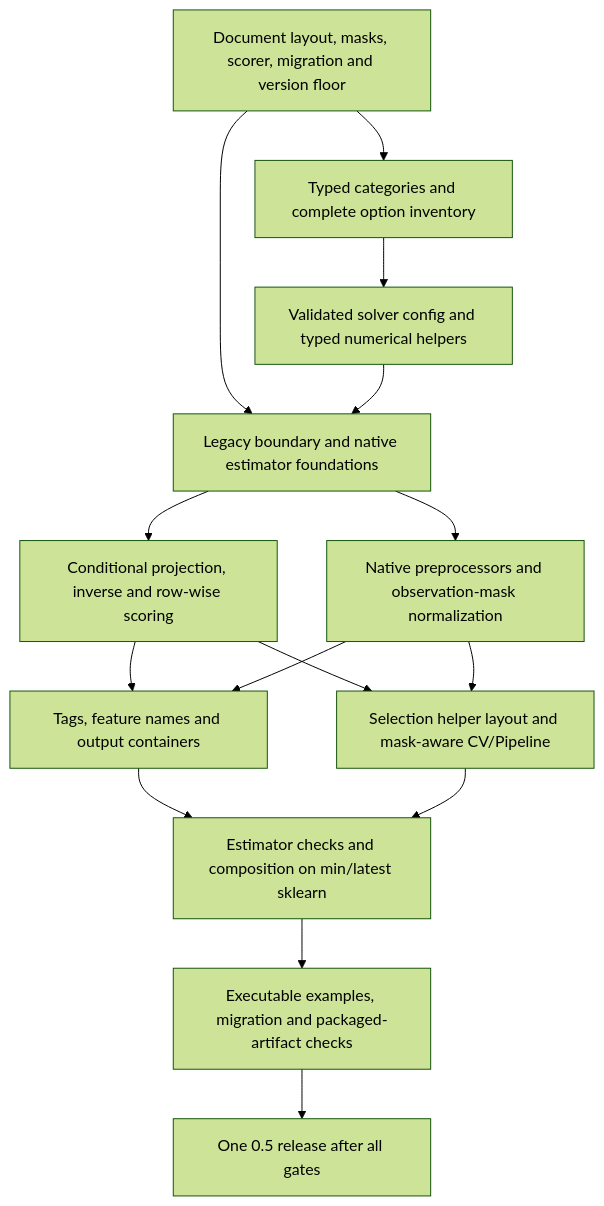
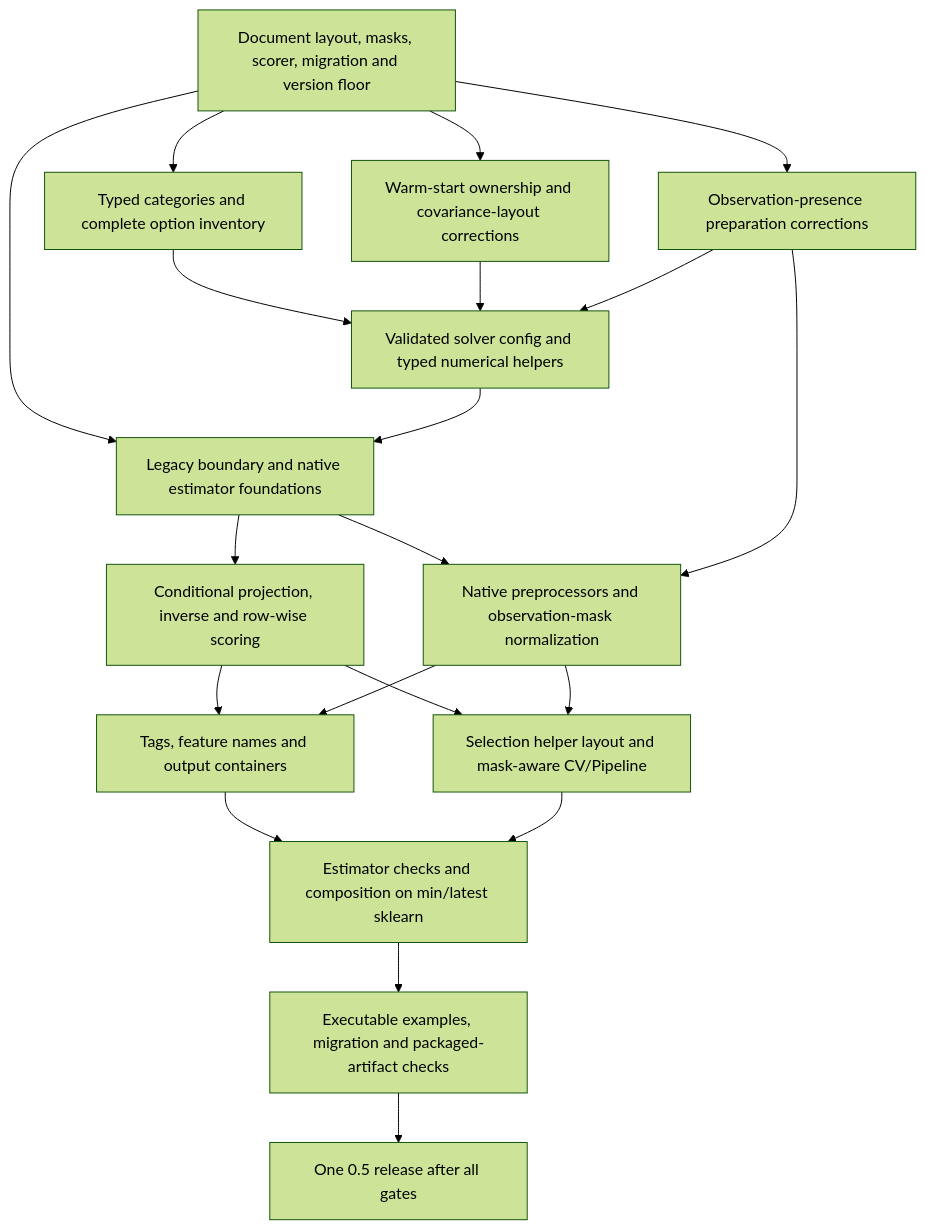
One commit to yoavram-lab/VBPCApy changed the diagram in analysis/V05_IMPLEMENTATION_PLAN.md. Above: the diagram before and after it, drawn with Mermaid (forest theme). The commit also changed other lines of this file and 7 other files, not shown here.

Commit message:
Use observation presence for modern empty axes and explicit masks (#330)

````diff
--- a/analysis/V05_IMPLEMENTATION_PLAN.md
+++ b/analysis/V05_IMPLEMENTATION_PLAN.md
@@ -150,18 +150,23 @@
 ```mermaid
 flowchart TD
     A[Document layout, masks, scorer, migration and version floor]
     A --> B[Typed categories and complete option inventory]
     B --> C[Validated solver config and typed numerical helpers]
+    A --> L[Warm-start ownership and covariance-layout corrections]
+    A --> M[Observation-presence preparation corrections]
+    L --> C
+    M --> C
     A --> D[Legacy boundary and native estimator foundations]
     C --> D
     D --> E[Conditional projection, inverse and row-wise scoring]
     D --> F[Native preprocessors and observation-mask normalization]
+    M --> F
     E --> G[Tags, feature names and output containers]
     F --> G
     E --> H[Selection helper layout and mask-aware CV/Pipeline]
     F --> H
     G --> I[Estimator checks and composition on min/latest sklearn]
     H --> I
     I --> J[Executable examples, migration and packaged-artifact checks]
     J --> K[One 0.5 release after all gates]
 ```
````
